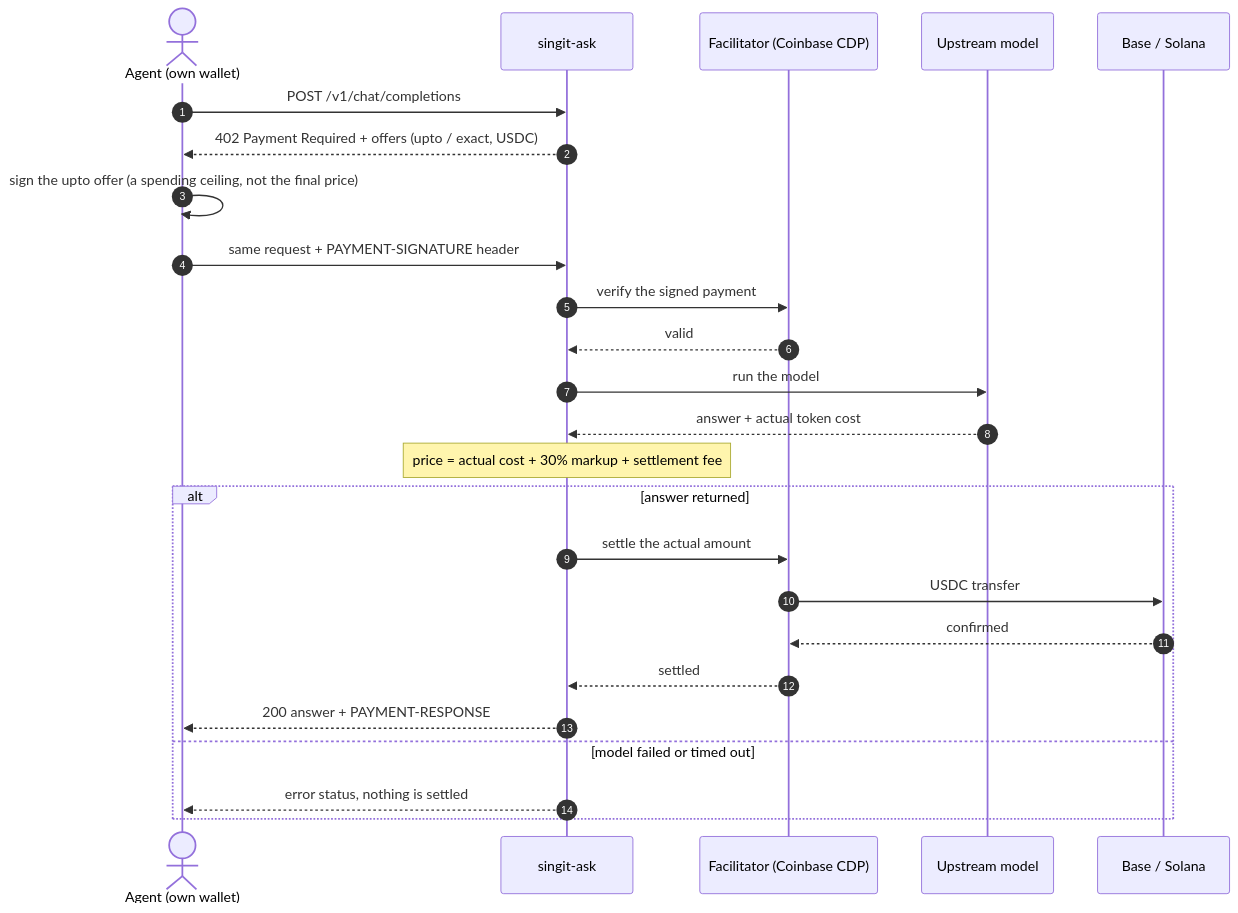
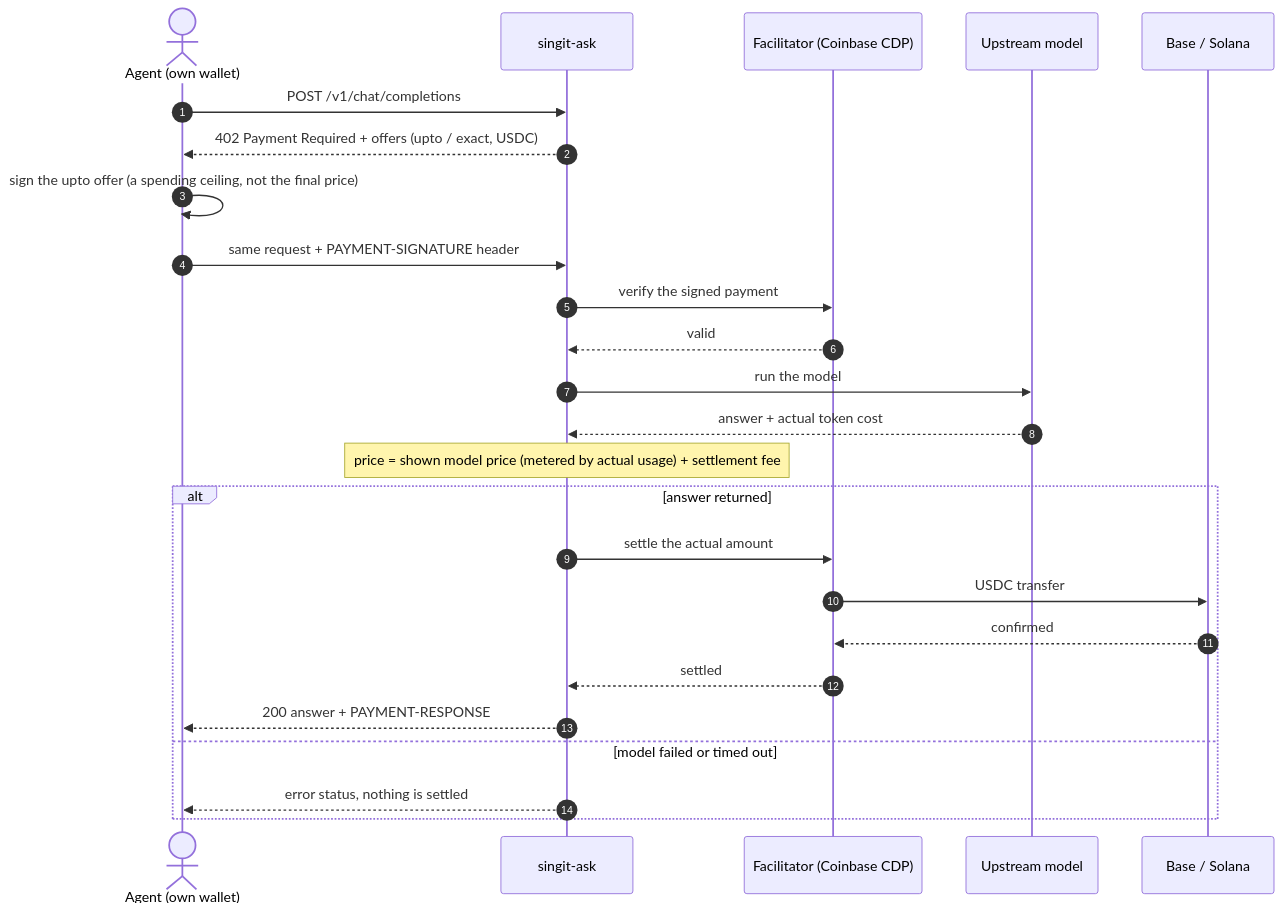
One commit to SingItAi/SingItAI changed the second of 3 diagrams in docs/architecture.md. Above: the diagram before and after it, drawn with Mermaid. The commit also changed 266 other files, not shown here.

````diff
--- a/docs/architecture.md
+++ b/docs/architecture.md
@@ -45,28 +45,28 @@
 ```mermaid
 sequenceDiagram
     autonumber
     actor Agent as Agent (own wallet)
     participant Ask as singit-ask
     participant Fac as Facilitator (Coinbase CDP)
     participant Up as Upstream model
     participant Chain as Base / Solana
 
     Agent->>Ask: POST /v1/chat/completions
     Ask-->>Agent: 402 Payment Required + offers (upto / exact, USDC)
     Agent->>Agent: sign the upto offer (a spending ceiling, not the final price)
     Agent->>Ask: same request + PAYMENT-SIGNATURE header
     Ask->>Fac: verify the signed payment
     Fac-->>Ask: valid
     Ask->>Up: run the model
     Up-->>Ask: answer + actual token cost
-    Note over Ask: price = actual cost + 30% markup + settlement fee
+    Note over Ask: price = shown model price (metered by actual usage) + settlement fee
     alt answer returned
         Ask->>Fac: settle the actual amount
         Fac->>Chain: USDC transfer
         Chain-->>Fac: confirmed
         Fac-->>Ask: settled
         Ask-->>Agent: 200 answer + PAYMENT-RESPONSE
     else model failed or timed out
         Ask-->>Agent: error status, nothing is settled
     end
 ```
````
